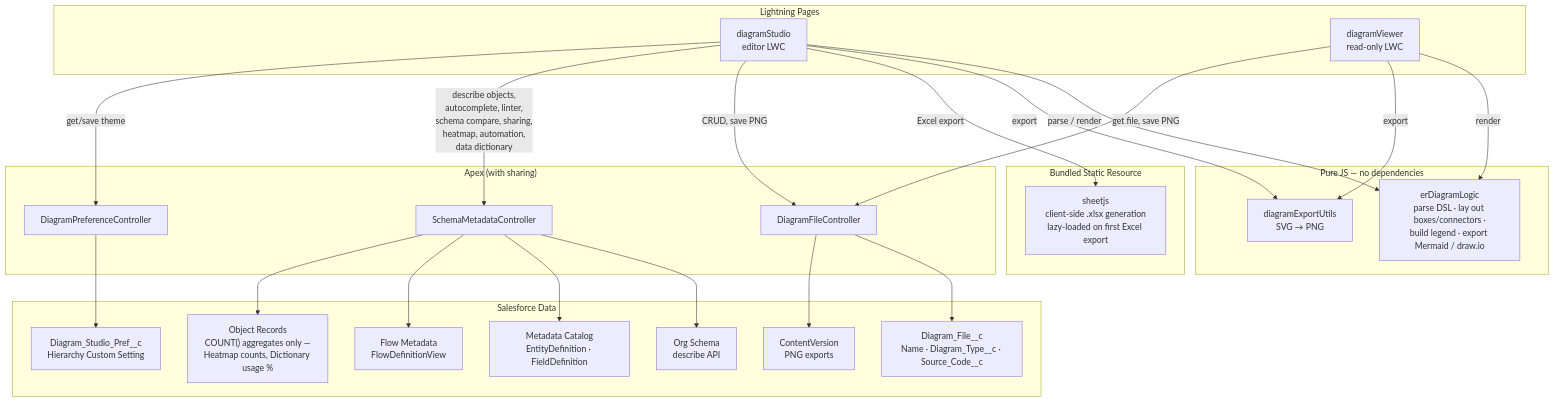
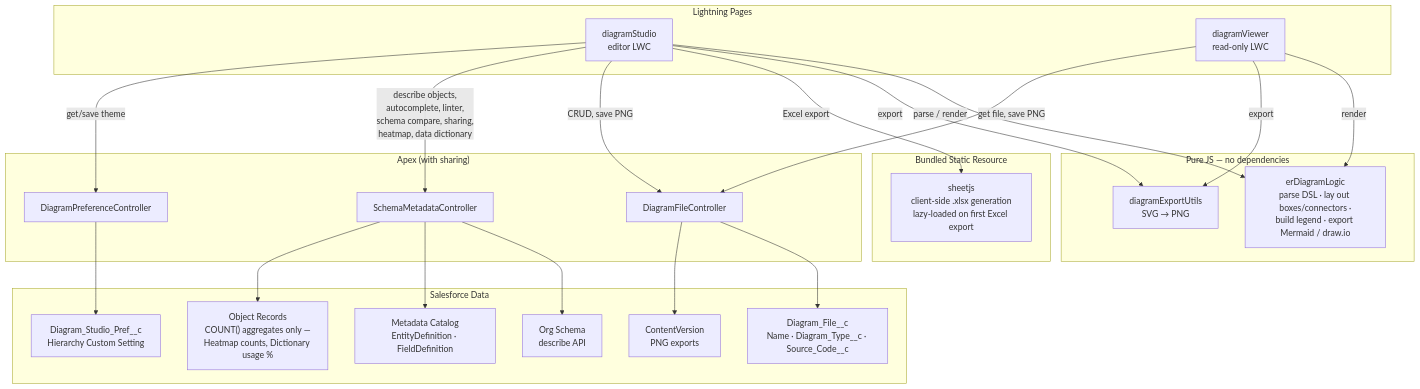
One commit to vikascohen/Salesforce-ER-Modeller-Studio changed the diagram in README.md. Above: the diagram before and after it, drawn with Mermaid. The commit also changed other lines of this file and 5 other files, not shown here.

First line of the commit message:
Remove Automation view — not working in practice, per explicit request

````diff
--- a/README.md
+++ b/README.md
@@ -221,51 +209,49 @@
 ```mermaid
 graph TD
     subgraph UI["Lightning Pages"]
         DS["diagramStudio<br/>editor LWC"]
         DV["diagramViewer<br/>read-only LWC"]
     end
 
     subgraph Logic["Pure JS — no dependencies"]
         ERL["erDiagramLogic<br/>parse DSL · lay out boxes/connectors ·<br/>build legend · export Mermaid / draw.io"]
         EXP["diagramExportUtils<br/>SVG → PNG"]
     end
 
     subgraph ThirdParty["Bundled Static Resource"]
         XLSX["sheetjs<br/>client-side .xlsx generation<br/>lazy-loaded on first Excel export"]
     end
 
     subgraph Apex["Apex (with sharing)"]
         DFC["DiagramFileController"]
         SMC["SchemaMetadataController"]
         DPC["DiagramPreferenceController"]
     end
 
     subgraph Data["Salesforce Data"]
         OBJ["Diagram_File__c<br/>Name · Diagram_Type__c · Source_Code__c"]
         FILES["ContentVersion<br/>PNG exports"]
         SCHEMA["Org Schema<br/>describe API"]
         CATALOG["Metadata Catalog<br/>EntityDefinition · FieldDefinition"]
-        FLOWS["Flow Metadata<br/>FlowDefinitionView"]
         RECORDS["Object Records<br/>COUNT() aggregates only —<br/>Heatmap counts, Dictionary usage %"]
         PREF["Diagram_Studio_Pref__c<br/>Hierarchy Custom Setting"]
     end
 
     DS -- "parse / render" --> ERL
     DS -- "export" --> EXP
     DS -- "Excel export" --> XLSX
     DS -- "CRUD, save PNG" --> DFC
-    DS -- "describe objects,<br/>autocomplete, linter,<br/>schema compare, sharing,<br/>heatmap, automation,<br/>data dictionary" --> SMC
+    DS -- "describe objects,<br/>autocomplete, linter,<br/>schema compare, sharing,<br/>heatmap, data dictionary" --> SMC
     DS -- "get/save theme" --> DPC
 
     DV -- "render" --> ERL
     DV -- "export" --> EXP
     DV -- "get file, save PNG" --> DFC
 
     DFC --> OBJ
     DFC --> FILES
     SMC --> SCHEMA
     SMC --> CATALOG
-    SMC --> FLOWS
     SMC --> RECORDS
     DPC --> PREF
 ```
````
